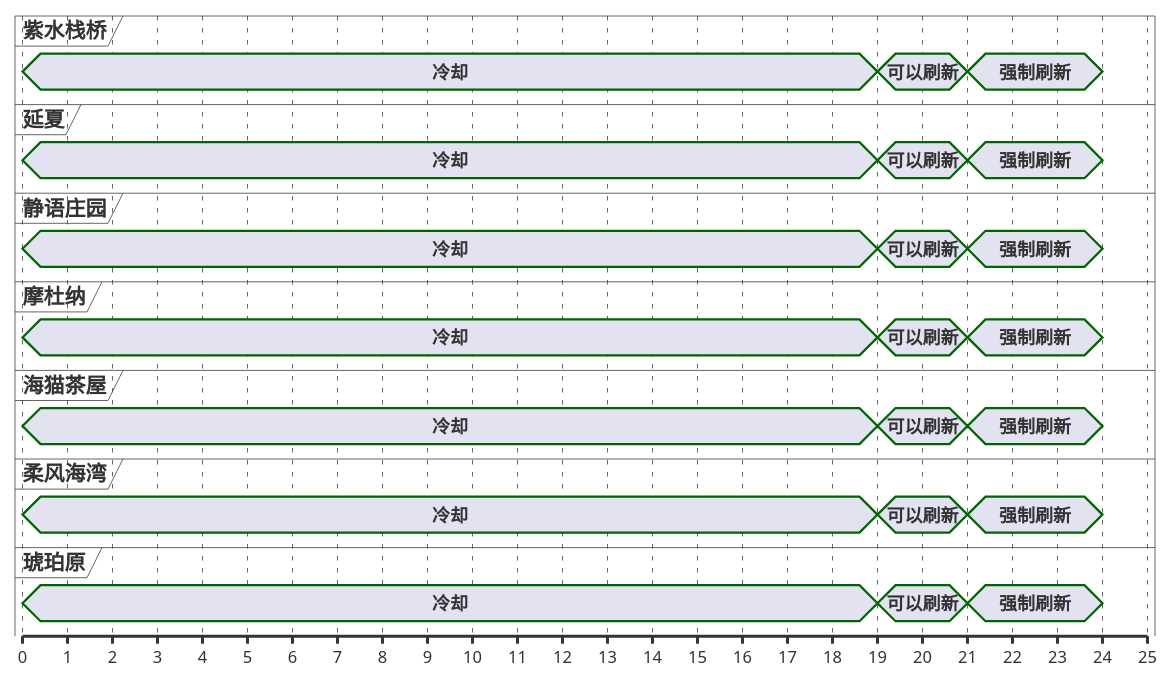
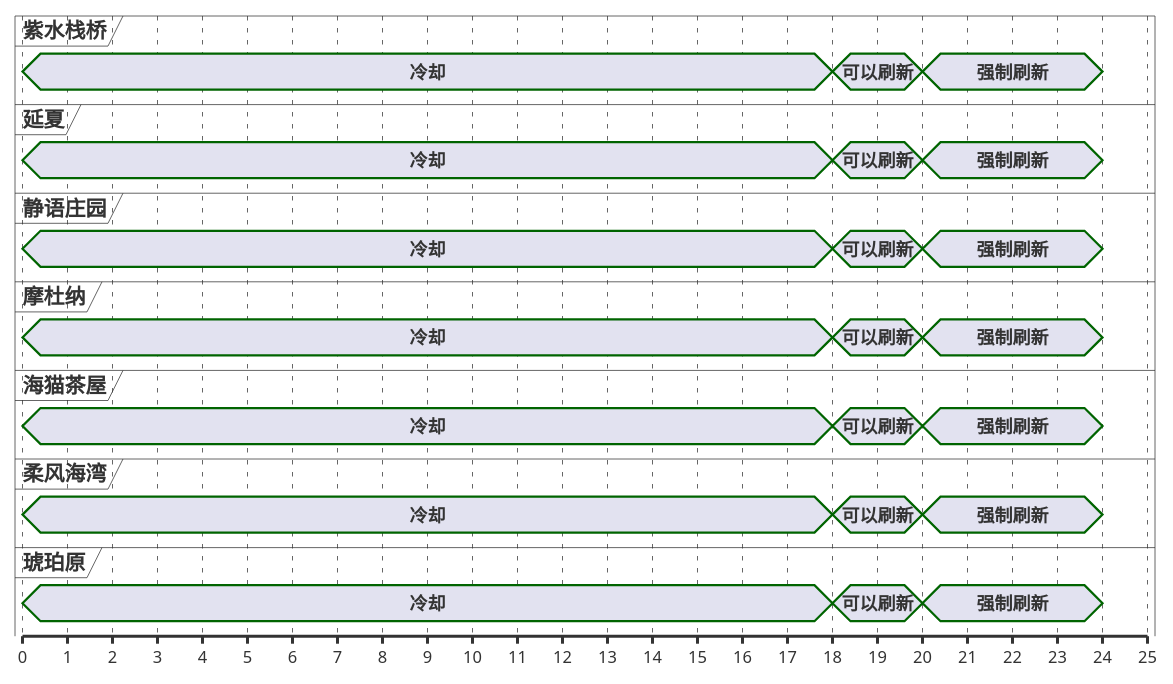
The third of 13 diagrams in ffxiv/hunt/2.0/Mindflayer.md (Eroleice/doc-pi), drawn with PlantUML before and after one commit. The commit also changed other lines of this file and 38 other files, not shown here.

````diff
--- a/ffxiv/hunt/2.0/Mindflayer.md
+++ b/ffxiv/hunt/2.0/Mindflayer.md
@@ -165,56 +165,56 @@
 ```plantuml
 @startuml
 scale 1 as 30 pixels
 
 concise 紫水栈桥
 concise 延夏
 concise 静语庄园
 concise 摩杜纳
 concise 海猫茶屋
 concise 柔风海湾
 concise 琥珀原
 
 @静语庄园
 0 is 冷却
-19 is 可以刷新
-21 is 强制刷新
+18 is 可以刷新
+20 is 强制刷新
 24 is {hidden}
 
 @摩杜纳
 0 is 冷却
-19 is 可以刷新
-21 is 强制刷新
+18 is 可以刷新
+20 is 强制刷新
 24 is {hidden}
 
 @海猫茶屋
 0 is 冷却
-19 is 可以刷新
-21 is 强制刷新
+18 is 可以刷新
+20 is 强制刷新
 24 is {hidden}
 
 @延夏
 0 is 冷却
-19 is 可以刷新
-21 is 强制刷新
+18 is 可以刷新
+20 is 强制刷新
 24 is {hidden}
 
 @紫水栈桥
 0 is 冷却
-19 is 可以刷新
-21 is 强制刷新
+18 is 可以刷新
+20 is 强制刷新
 24 is {hidden}
 
 @柔风海湾
 0 is 冷却
-19 is 可以刷新
-21 is 强制刷新
+18 is 可以刷新
+20 is 强制刷新
 24 is {hidden}
 
 @琥珀原
 0 is 冷却
-19 is 可以刷新
-21 is 强制刷新
+18 is 可以刷新
+20 is 强制刷新
 24 is {hidden}
 
 @enduml
 ```
````
